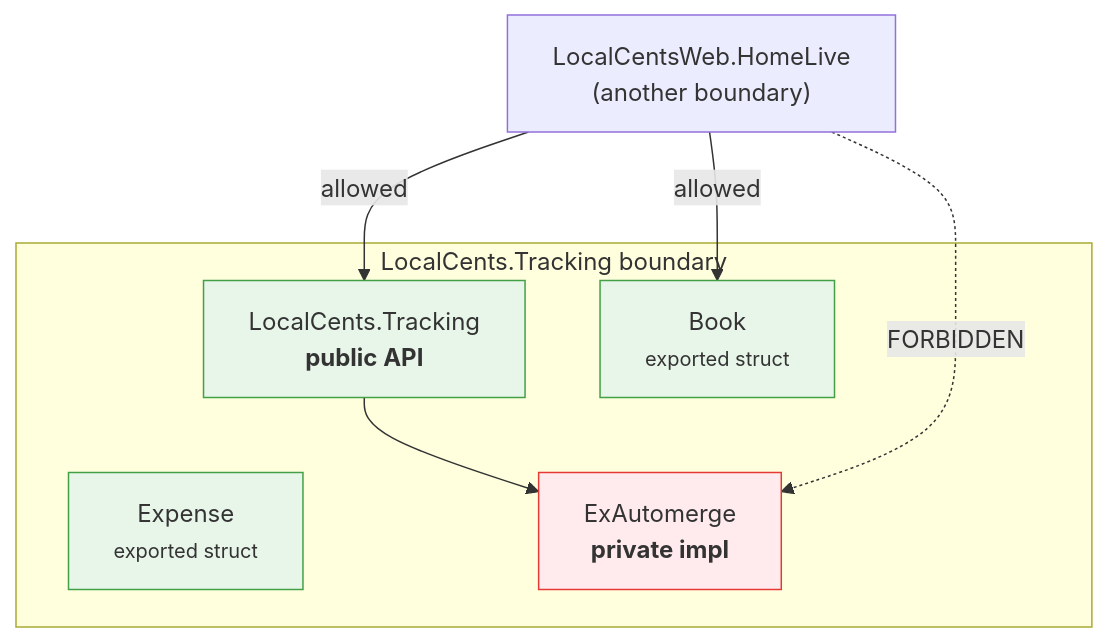
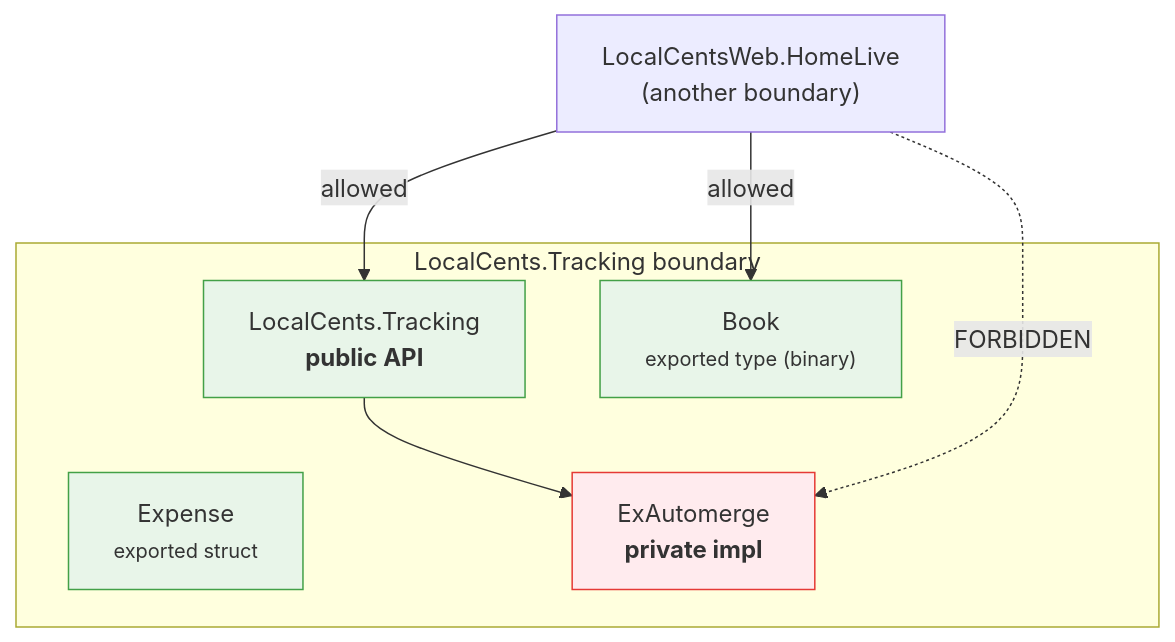
Before and after one commit to zorn/local_cents: the second of 2 diagrams in docs/module-boundaries.md, drawn with Mermaid. The commit also changed other lines of this file and 2 other files, not shown here.

First line of the commit message:
Describe Book as a type, not a struct, in boundary docs

````diff
--- a/docs/module-boundaries.md
+++ b/docs/module-boundaries.md
@@ -93,22 +94,22 @@
 ```mermaid
 graph TD
     subgraph tracking["LocalCents.Tracking boundary"]
         API["LocalCents.Tracking<br/><b>public API</b>"]
-        Book["Book<br/><small>exported struct</small>"]
+        Book["Book<br/><small>exported type (binary)</small>"]
         Expense["Expense<br/><small>exported struct</small>"]
         ExAutomerge["ExAutomerge<br/><b>private impl</b>"]
 
         API --> ExAutomerge
     end
 
     Caller["LocalCentsWeb.HomeLive<br/>(another boundary)"]
 
     Caller -->|allowed| API
     Caller -->|allowed| Book
     Caller -.->|FORBIDDEN| ExAutomerge
 
     classDef ok fill:#e8f5e9,stroke:#43a047;
     classDef bad fill:#ffebee,stroke:#e53935;
     class API,Book,Expense ok;
     class ExAutomerge bad;
 ```
````
